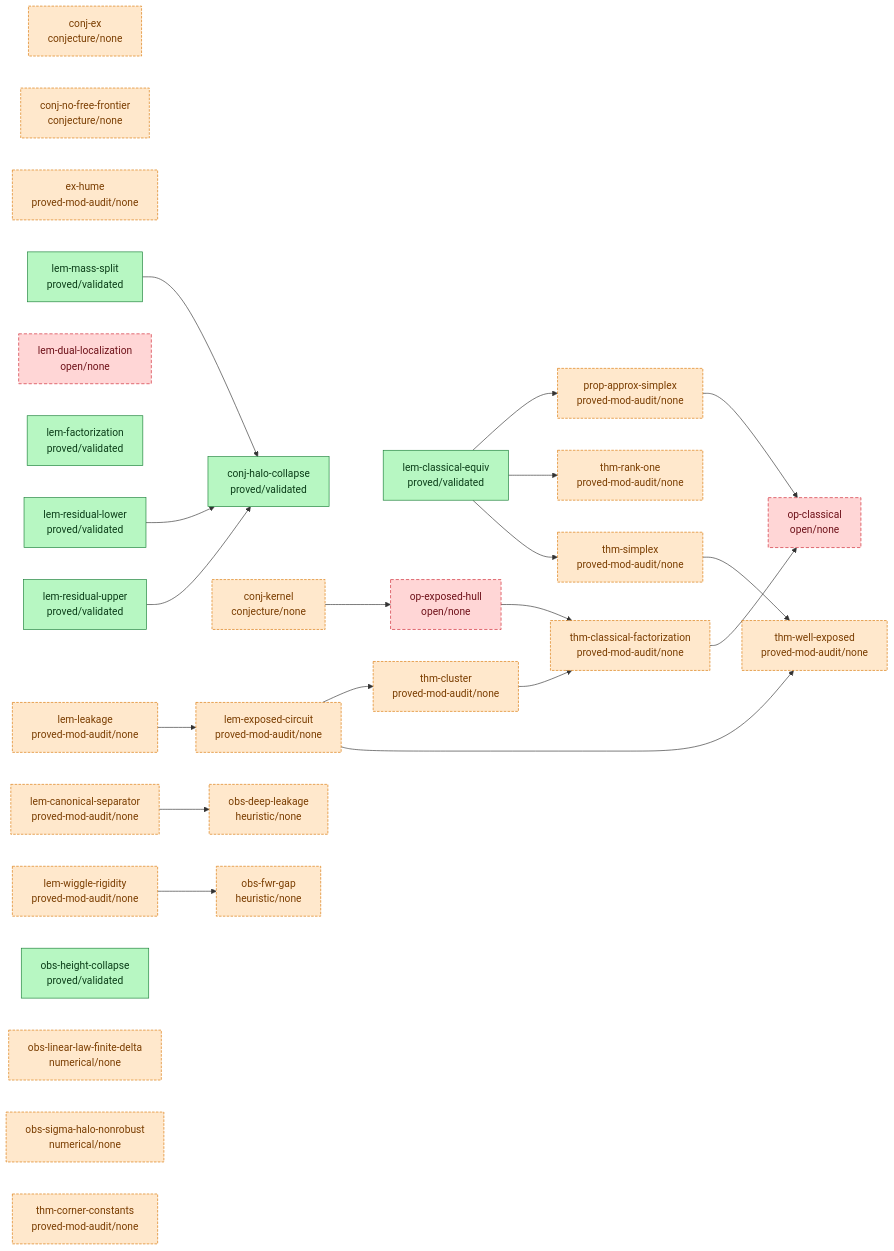
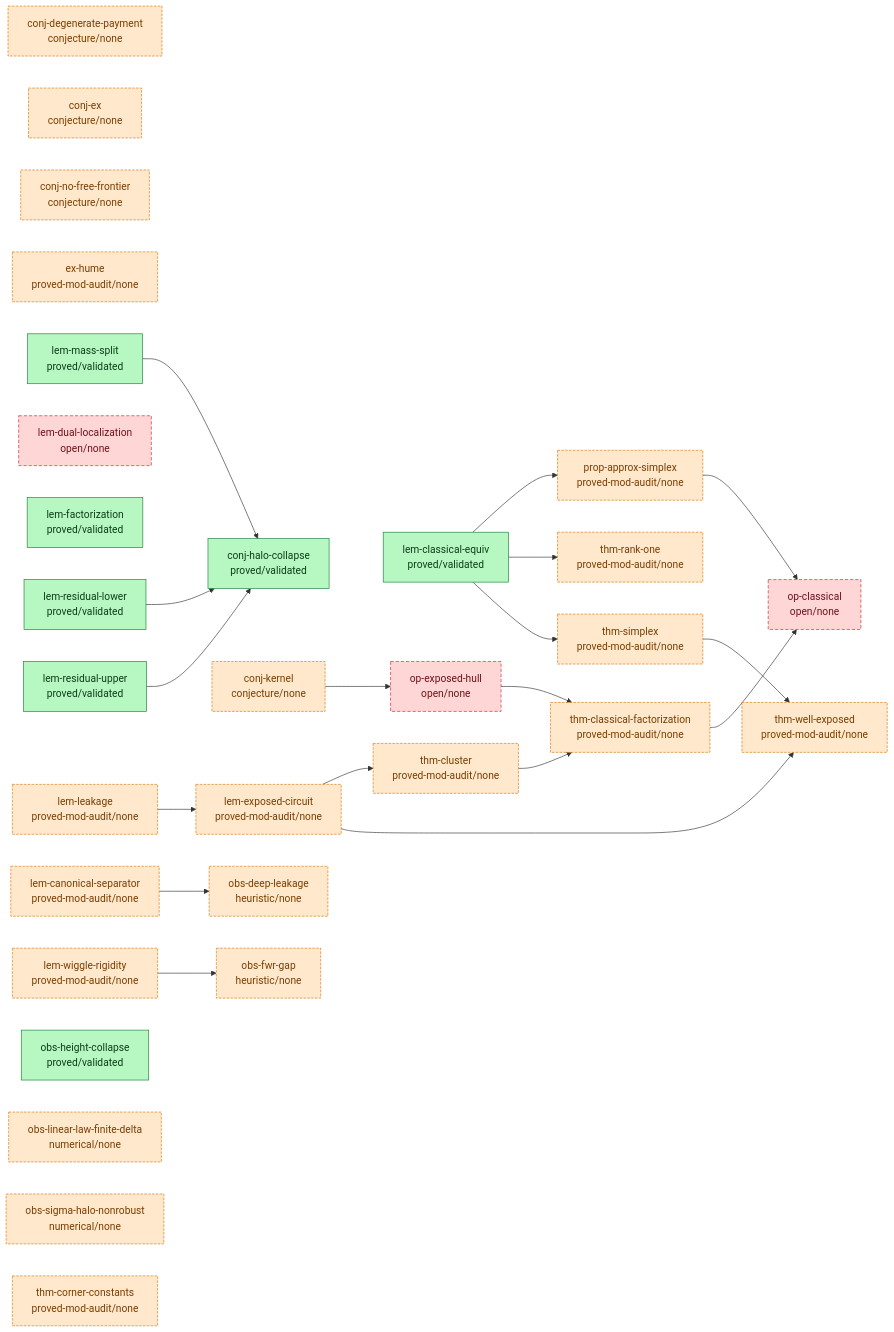
One commit to tobiasosborne/almost-idempotent-stochastic-maps changed the diagram in argument/DAG.md. Above: the diagram before and after it, drawn with Mermaid. The commit also changed other lines of this file and 4 other files, not shown here.

First line of the commit message:
Codify conj-degenerate-payment: the A8 payment horn as a registry conjecture

````diff
--- a/argument/DAG.md
+++ b/argument/DAG.md
@@ -6,59 +6,60 @@
 ```mermaid
 graph LR
   classDef validated fill:#b7f7c2,stroke:#1a7f37,color:#0b3d18;
   classDef proved fill:#cfe3ff,stroke:#0969da,color:#0a3069;
   classDef seeded fill:#fff3c4,stroke:#bf8700,color:#5a4500;
   classDef stated fill:#eaecef,stroke:#8b949e,color:#24292f;
   classDef cited fill:#e7d6ff,stroke:#8250df,color:#3b1a73;
   classDef nonrigorous fill:#ffe8cc,stroke:#d97706,color:#7a3d00,stroke-dasharray:4 2;
   classDef open fill:#ffd6d6,stroke:#cf222e,color:#6e1119,stroke-dasharray:5 3;
+  conj-degenerate-payment["conj-degenerate-payment<br/>conjecture/none"]
   conj-ex["conj-ex<br/>conjecture/none"]
   conj-halo-collapse["conj-halo-collapse<br/>proved/validated"]
   conj-kernel["conj-kernel<br/>conjecture/none"]
   conj-no-free-frontier["conj-no-free-frontier<br/>conjecture/none"]
   ex-hume["ex-hume<br/>proved-mod-audit/none"]
   lem-canonical-separator["lem-canonical-separator<br/>proved-mod-audit/none"]
   lem-classical-equiv["lem-classical-equiv<br/>proved/validated"]
   lem-dual-localization["lem-dual-localization<br/>open/none"]
   lem-exposed-circuit["lem-exposed-circuit<br/>proved-mod-audit/none"]
   lem-factorization["lem-factorization<br/>proved/validated"]
   lem-leakage["lem-leakage<br/>proved-mod-audit/none"]
   lem-mass-split["lem-mass-split<br/>proved/validated"]
   lem-residual-lower["lem-residual-lower<br/>proved/validated"]
   lem-residual-upper["lem-residual-upper<br/>proved/validated"]
   lem-wiggle-rigidity["lem-wiggle-rigidity<br/>proved-mod-audit/none"]
   obs-deep-leakage["obs-deep-leakage<br/>heuristic/none"]
   obs-fwr-gap["obs-fwr-gap<br/>heuristic/none"]
   obs-height-collapse["obs-height-collapse<br/>proved/validated"]
   obs-linear-law-finite-delta["obs-linear-law-finite-delta<br/>numerical/none"]
   obs-sigma-halo-nonrobust["obs-sigma-halo-nonrobust<br/>numerical/none"]
   op-classical["op-classical<br/>open/none"]
   op-exposed-hull["op-exposed-hull<br/>open/none"]
   prop-approx-simplex["prop-approx-simplex<br/>proved-mod-audit/none"]
   thm-classical-factorization["thm-classical-factorization<br/>proved-mod-audit/none"]
   thm-cluster["thm-cluster<br/>proved-mod-audit/none"]
   thm-corner-constants["thm-corner-constants<br/>proved-mod-audit/none"]
   thm-rank-one["thm-rank-one<br/>proved-mod-audit/none"]
   thm-simplex["thm-simplex<br/>proved-mod-audit/none"]
   thm-well-exposed["thm-well-exposed<br/>proved-mod-audit/none"]
   conj-kernel --> op-exposed-hull
   lem-canonical-separator --> obs-deep-leakage
   lem-classical-equiv --> prop-approx-simplex
   lem-classical-equiv --> thm-rank-one
   lem-classical-equiv --> thm-simplex
   lem-exposed-circuit --> thm-cluster
   lem-exposed-circuit --> thm-well-exposed
   lem-leakage --> lem-exposed-circuit
   lem-mass-split --> conj-halo-collapse
   lem-residual-lower --> conj-halo-collapse
   lem-residual-upper --> conj-halo-collapse
   lem-wiggle-rigidity --> obs-fwr-gap
   op-exposed-hull --> thm-classical-factorization
   prop-approx-simplex --> op-classical
   thm-classical-factorization --> op-classical
   thm-cluster --> thm-classical-factorization
   thm-simplex --> thm-well-exposed
   class conj-halo-collapse,lem-classical-equiv,lem-factorization,lem-mass-split,lem-residual-lower,lem-residual-upper,obs-height-collapse validated;
-  class conj-ex,conj-kernel,conj-no-free-frontier,ex-hume,lem-canonical-separator,lem-exposed-circuit,lem-leakage,lem-wiggle-rigidity,obs-deep-leakage,obs-fwr-gap,obs-linear-law-finite-delta,obs-sigma-halo-nonrobust,prop-approx-simplex,thm-classical-factorization,thm-cluster,thm-corner-constants,thm-rank-one,thm-simplex,thm-well-exposed nonrigorous;
+  class conj-degenerate-payment,conj-ex,conj-kernel,conj-no-free-frontier,ex-hume,lem-canonical-separator,lem-exposed-circuit,lem-leakage,lem-wiggle-rigidity,obs-deep-leakage,obs-fwr-gap,obs-linear-law-finite-delta,obs-sigma-halo-nonrobust,prop-approx-simplex,thm-classical-factorization,thm-cluster,thm-corner-constants,thm-rank-one,thm-simplex,thm-well-exposed nonrigorous;
   class lem-dual-localization,op-classical,op-exposed-hull open;
 ```
````
